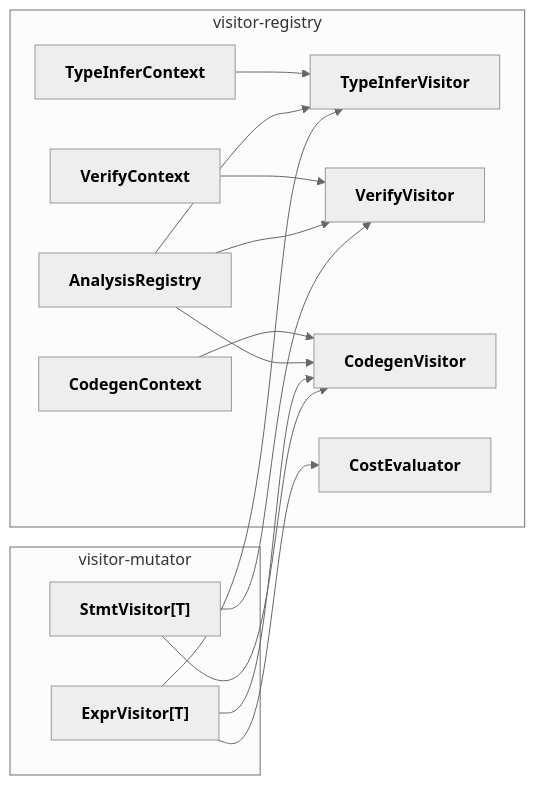
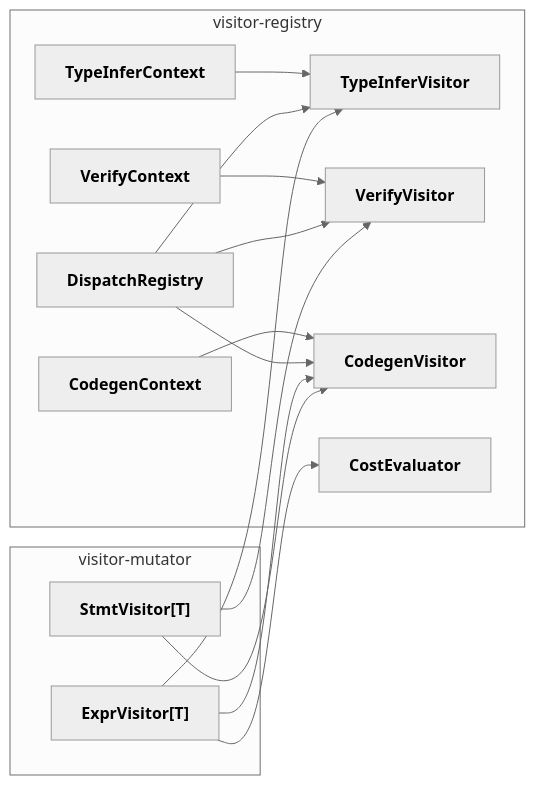
The diagram in docs/spec/visitor-registry.md (tile-ai/TileFoundry), drawn with Mermaid (neutral theme) before and after one commit. The commit also changed other lines of this file and 91 other files, not shown here.

````diff
--- a/docs/spec/visitor-registry.md
+++ b/docs/spec/visitor-registry.md
@@ -25,32 +24,32 @@
 ```mermaid
 flowchart LR
     subgraph framework["visitor-mutator"]
         ExprVis["<b>ExprVisitor[T]</b>"]
         StmtVis["<b>StmtVisitor[T]</b>"]
     end
 
     subgraph registry["visitor-registry"]
-        Reg["<b>AnalysisRegistry</b>"]
+        Reg["<b>DispatchRegistry</b>"]
         TypeVis["<b>TypeInferVisitor</b>"]
         VerifyVis["<b>VerifyVisitor</b>"]
         CodegenVis["<b>CodegenVisitor</b>"]
         CostVis["<b>CostEvaluator</b>"]
         TICtx["<b>TypeInferContext</b>"]
         VCtx["<b>VerifyContext</b>"]
         CCtx["<b>CodegenContext</b>"]
     end
 
     ExprVis --> TypeVis
     StmtVis --> VerifyVis
     StmtVis --> CodegenVis
     ExprVis --> CodegenVis
     ExprVis --> CostVis
 
     Reg --> TypeVis
     Reg --> VerifyVis
     Reg --> CodegenVis
 
     TICtx --> TypeVis
     VCtx --> VerifyVis
     CCtx --> CodegenVis
 ```
````
